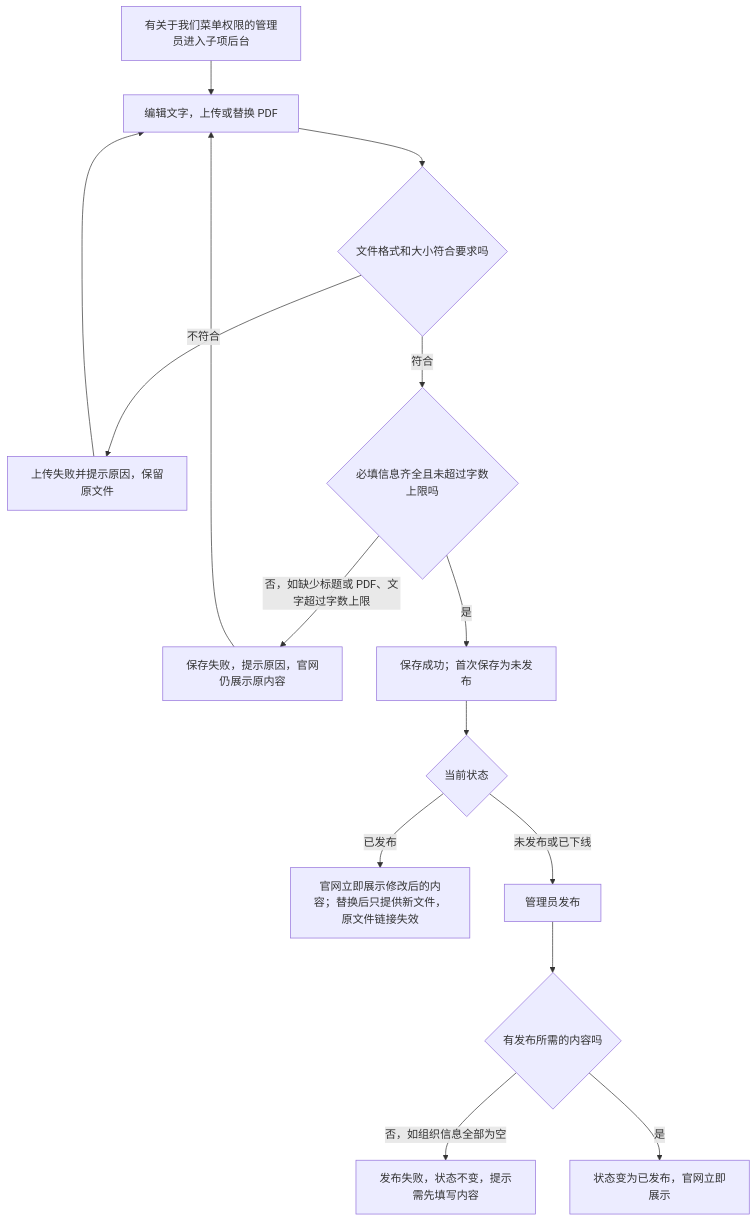
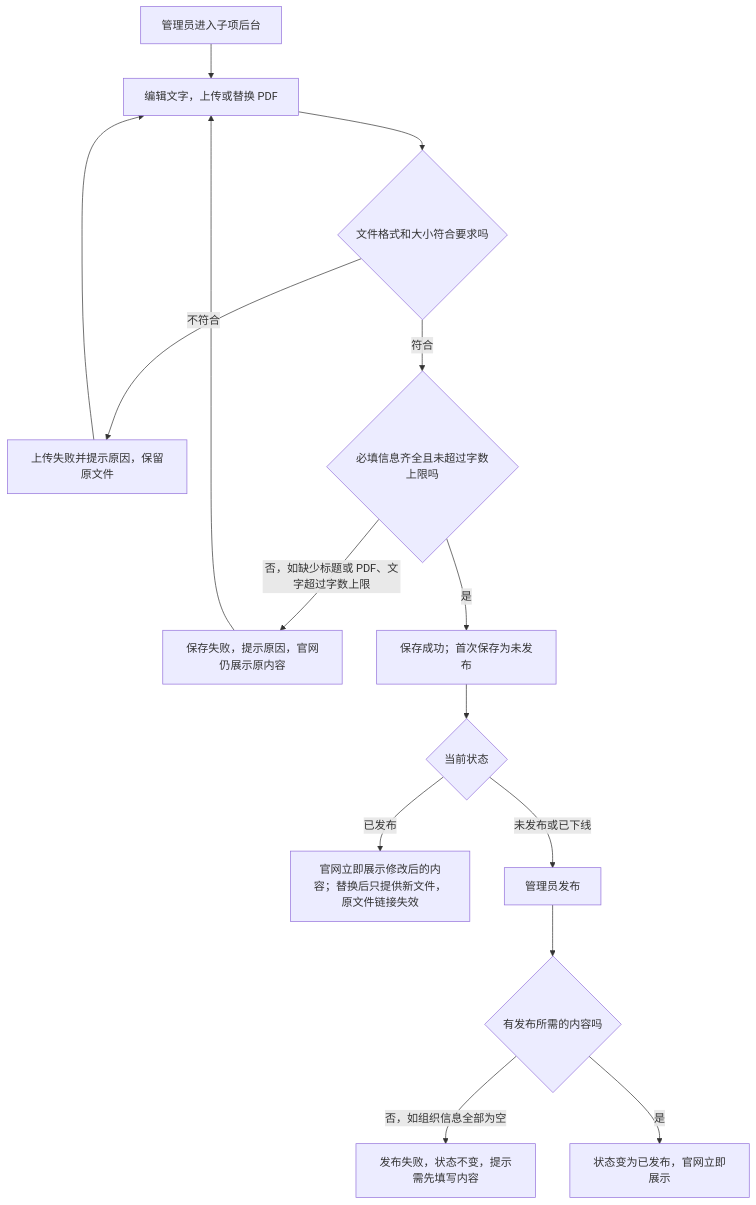
One commit to wxblockchain/luna changed the second of 5 diagrams in prd/about-us/luna-about-us-prd-02-flows.md. Above: the diagram before and after it, drawn with Mermaid. The commit also changed other lines of this file and 2 other files, not shown here.

````diff
--- a/prd/about-us/luna-about-us-prd-02-flows.md
+++ b/prd/about-us/luna-about-us-prd-02-flows.md
@@ -43,17 +43,17 @@
 ```mermaid
 flowchart TD
-    A[有关于我们菜单权限的管理员进入子项后台] --> B[编辑文字，上传或替换 PDF]
+    A[管理员进入子项后台] --> B[编辑文字，上传或替换 PDF]
     B --> C{文件格式和大小符合要求吗}
     C -->|不符合| D[上传失败并提示原因，保留原文件]
     D --> B
     C -->|符合| E{必填信息齐全且未超过字数上限吗}
     E -->|否，如缺少标题或 PDF、文字超过字数上限| F[保存失败，提示原因，官网仍展示原内容]
     F --> B
     E -->|是| G[保存成功；首次保存为未发布]
     G --> H{当前状态}
     H -->|已发布| I[官网立即展示修改后的内容；替换后只提供新文件，原文件链接失效]
     H -->|未发布或已下线| J[管理员发布]
     J --> K{有发布所需的内容吗}
     K -->|否，如组织信息全部为空| L[发布失败，状态不变，提示需先填写内容]
     K -->|是| M[状态变为已发布，官网立即展示]
 ```
````
